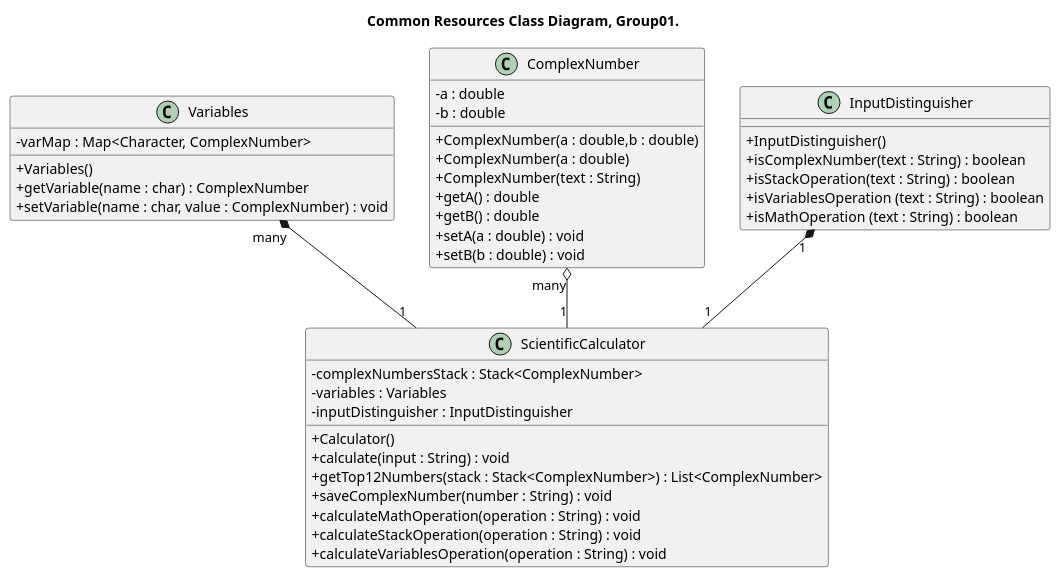
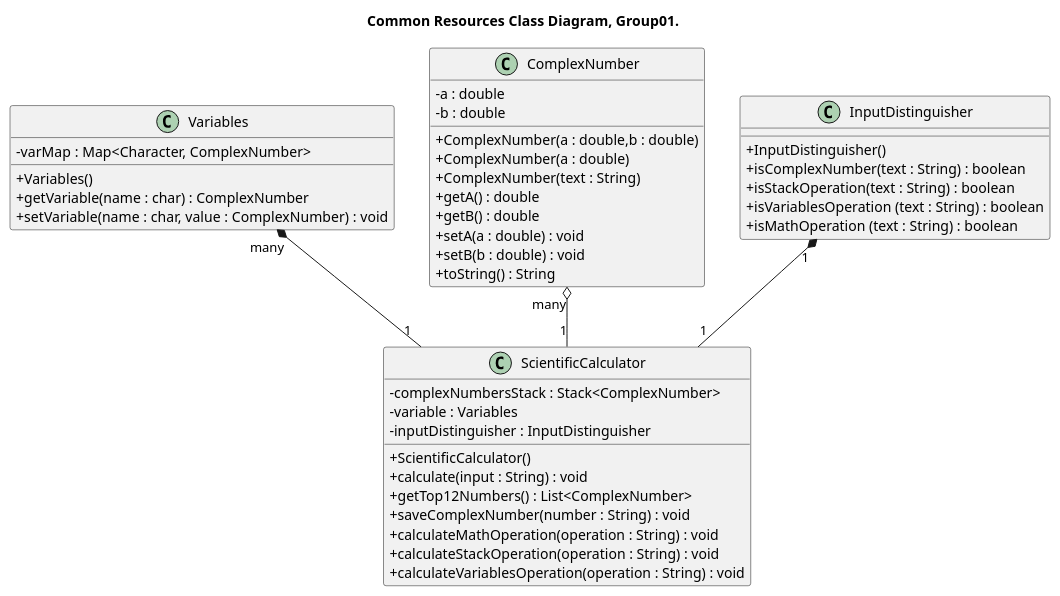
Before and after one commit to CiroCutolo/Scientific_Calculator_group01_2023: the diagram in Software_Design/class_diagram/CommonResources_ClassDiagram_Group01.puml, drawn with PlantUML. The commit also changed 2 other files, not shown here.

```diff
--- a/Software_Design/class_diagram/CommonResources_ClassDiagram_Group01.puml
+++ b/Software_Design/class_diagram/CommonResources_ClassDiagram_Group01.puml
@@ -1,51 +1,52 @@
 @startuml Common Resources ClassDiagram, Group01.
 
 title Common Resources Class Diagram, Group01.
 
 skinparam ClassAttributeIconSize 0
 class Variables{
     - varMap : Map<Character, ComplexNumber>
     + Variables()
     + getVariable(name : char) : ComplexNumber
     + setVariable(name : char, value : ComplexNumber) : void
 }
 
 class ComplexNumber{
     - a : double
     - b : double
     + ComplexNumber(a : double,b : double)
     + ComplexNumber(a : double)
     + ComplexNumber(text : String)
     + getA() : double
     + getB() : double 
     + setA(a : double) : void
     + setB(b : double) : void
+    + toString() : String
 }
 
 
 class InputDistinguisher{
     + InputDistinguisher()
     + isComplexNumber(text : String) : boolean
     + isStackOperation(text : String) : boolean
     + isVariablesOperation (text : String) : boolean
     + isMathOperation (text : String) : boolean
 }
 
 class ScientificCalculator{
     - complexNumbersStack : Stack<ComplexNumber>
-    - variables : Variables
+    - variable : Variables
     - inputDistinguisher : InputDistinguisher
-    + Calculator()
+    + ScientificCalculator()
     + calculate(input : String) : void 
-    + getTop12Numbers(stack : Stack<ComplexNumber>) : List<ComplexNumber>
+    + getTop12Numbers() : List<ComplexNumber>
     + saveComplexNumber(number : String) : void
     + calculateMathOperation(operation : String) : void
     + calculateStackOperation(operation : String) : void
     + calculateVariablesOperation(operation : String) : void
 }
 
 ComplexNumber "many" o-- "1" ScientificCalculator
 Variables "many" *-- "1" ScientificCalculator
 InputDistinguisher "1" *-- "1" ScientificCalculator
 
 @enduml
```
